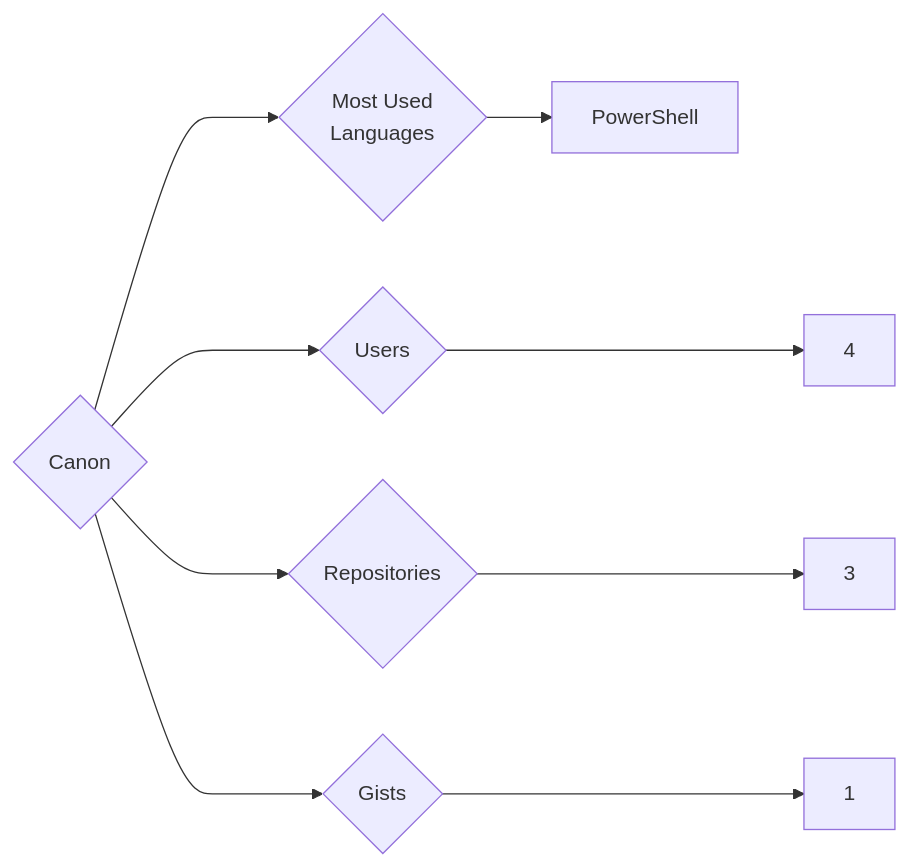
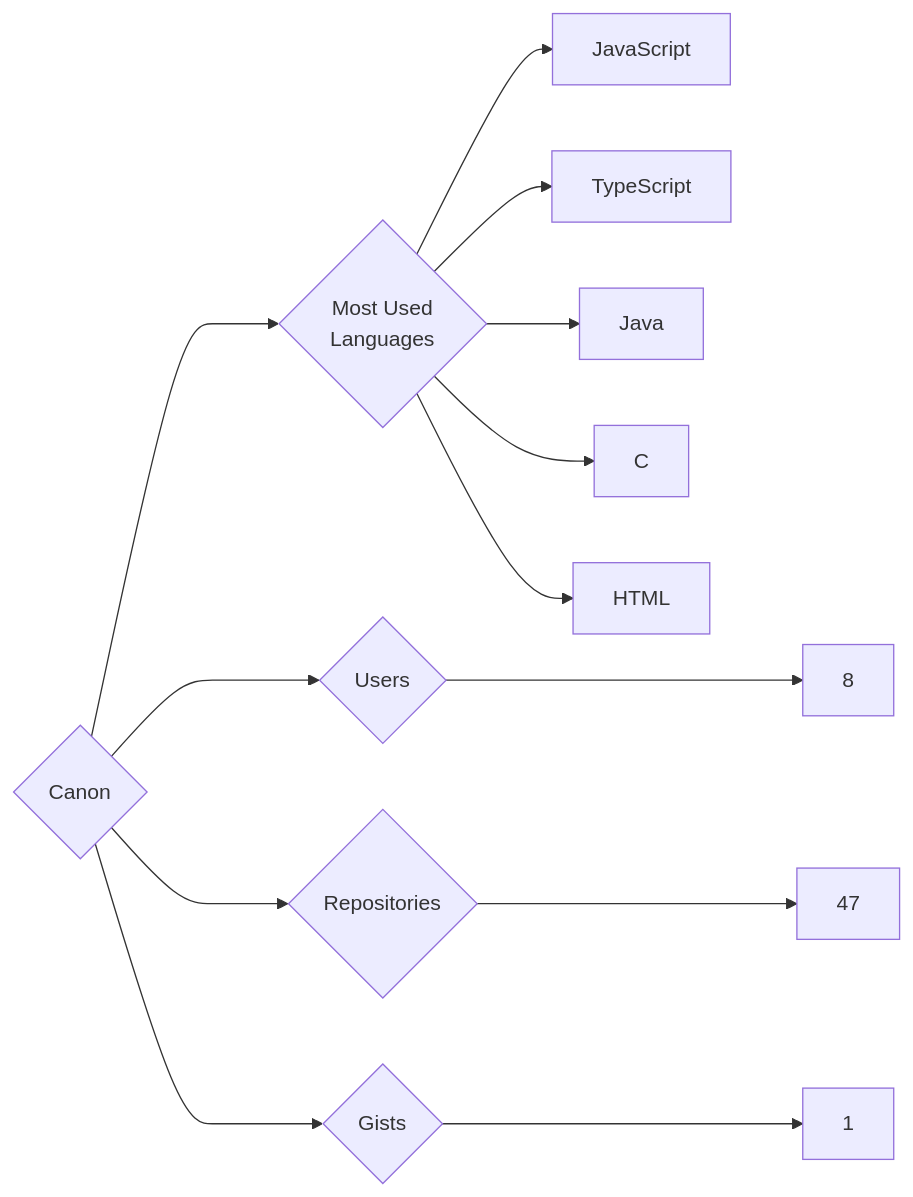
Before and after one commit to trickest/insiders: the diagram in targets/Canon/README.md, drawn with Mermaid. The commit also changed 682 other files, not shown here.

````diff
--- a/targets/Canon/README.md
+++ b/targets/Canon/README.md
@@ -3,9 +3,13 @@
 ```mermaid
 graph LR
 COMPANY_NAME{Canon}
-COMPANY_NAME ---> U{Users} ---> UN[4]
-COMPANY_NAME ---> R{Repositories} ---> RN[3]
+COMPANY_NAME ---> U{Users} ---> UN[8]
+COMPANY_NAME ---> R{Repositories} ---> RN[47]
 COMPANY_NAME ---> G{Gists} ---> GN[1]
 COMPANY_NAME ---> ML{Most Used<br>Languages}
-ML --> PowerShell[PowerShell]
+ML --> JavaScript[JavaScript]
+ML --> TypeScript[TypeScript]
+ML --> Java[Java]
+ML --> C[C]
+ML --> HTML[HTML]
 ```
````
